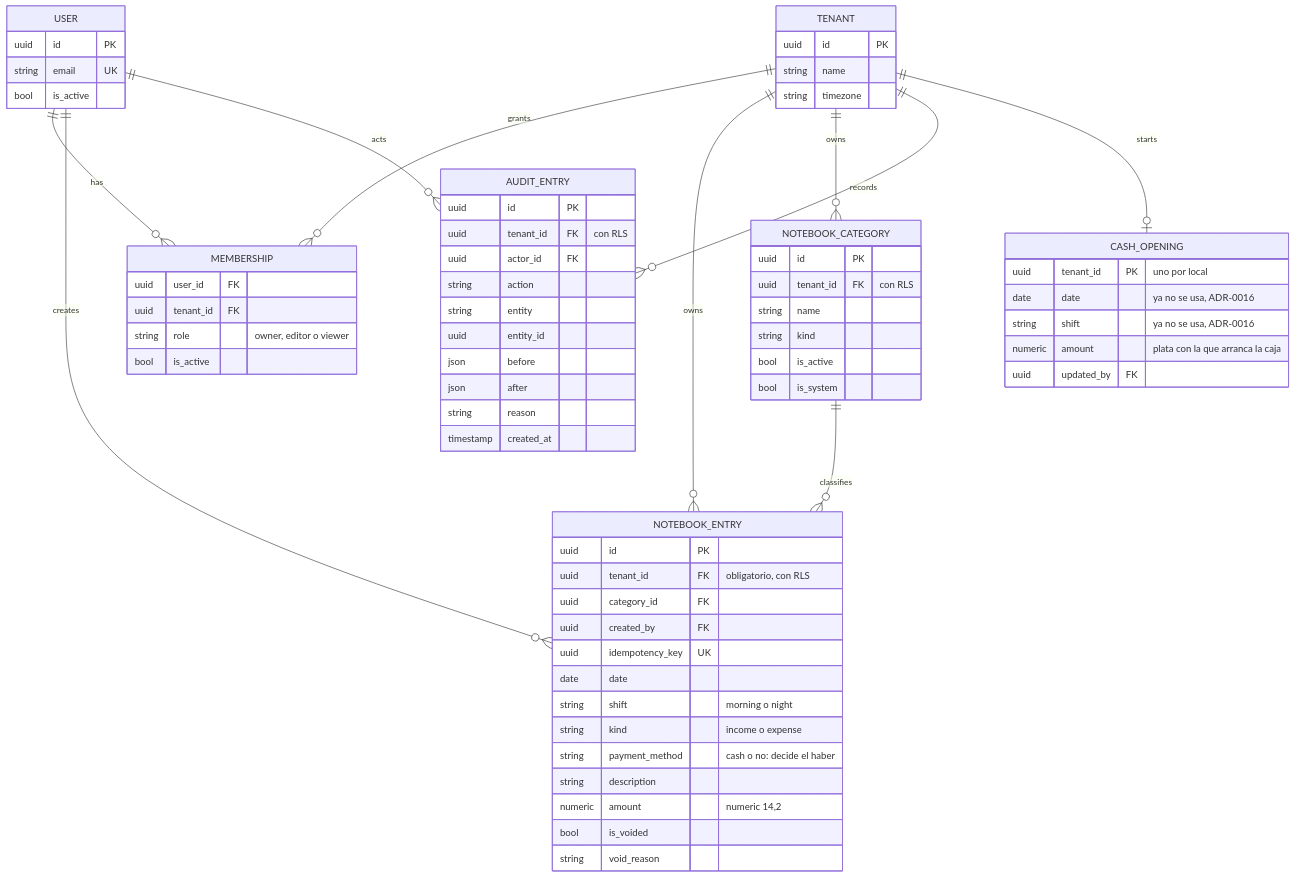
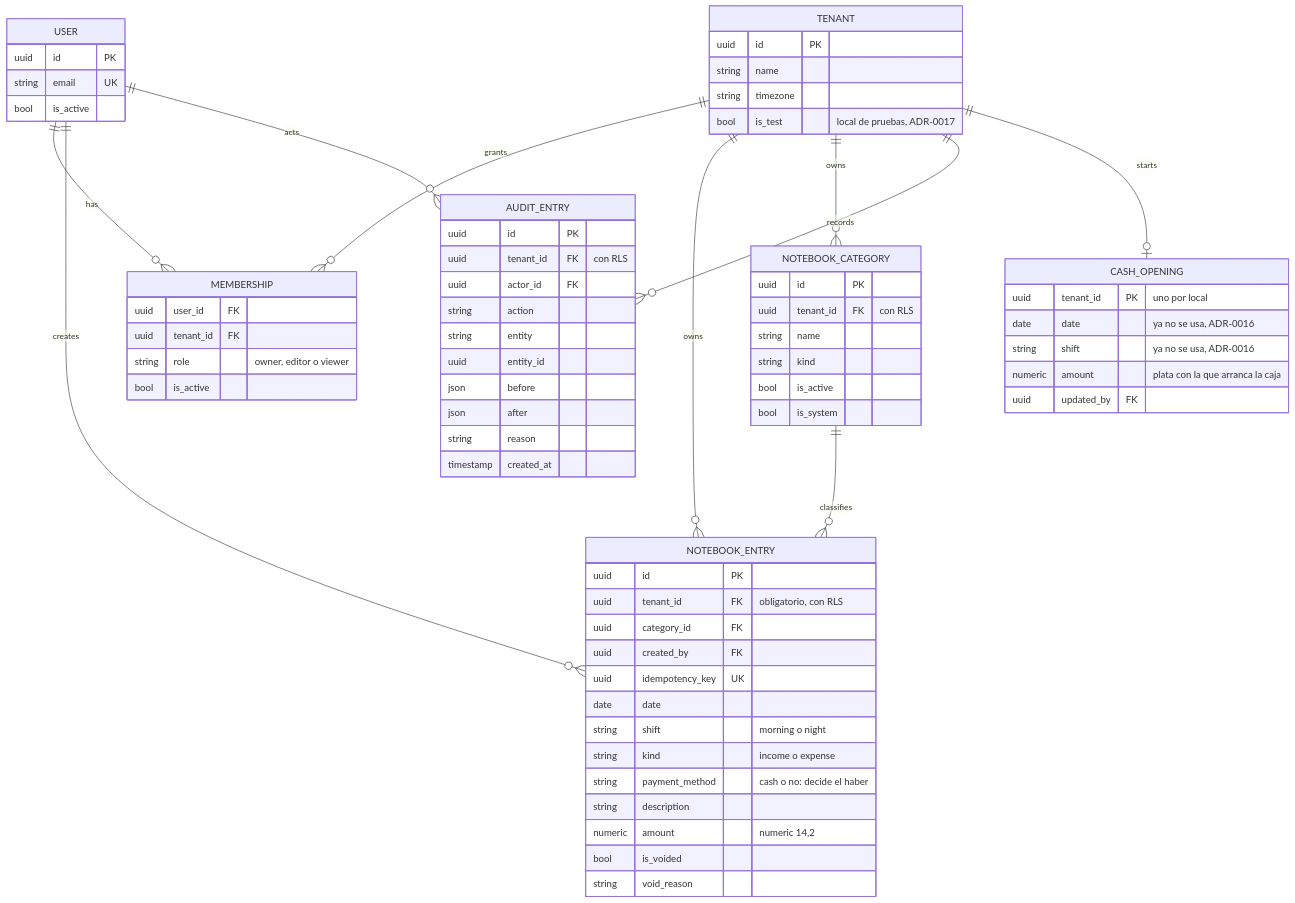
The diagram in docs/diagramas/04-datos.md (aleharo2003/floky-cuadernos), drawn with Mermaid before and after one commit. The commit also changed 20 other files, not shown here.

First line of the commit message:
Copy a shop's notebooks into a test shop from the admin (ADR-0017)

````diff
--- a/docs/diagramas/04-datos.md
+++ b/docs/diagramas/04-datos.md
@@ -12,70 +12,71 @@
 ```mermaid
 erDiagram
     USER ||--o{ MEMBERSHIP : has
     TENANT ||--o{ MEMBERSHIP : grants
     TENANT ||--o{ NOTEBOOK_ENTRY : owns
     TENANT ||--o{ NOTEBOOK_CATEGORY : owns
     TENANT ||--o{ AUDIT_ENTRY : records
     USER ||--o{ NOTEBOOK_ENTRY : creates
     USER ||--o{ AUDIT_ENTRY : acts
     NOTEBOOK_CATEGORY ||--o{ NOTEBOOK_ENTRY : classifies
     TENANT ||--o| CASH_OPENING : starts
     USER {
         uuid id PK
         string email UK
         bool is_active
     }
     TENANT {
         uuid id PK
         string name
         string timezone
+        bool is_test "local de pruebas, ADR-0017"
     }
     MEMBERSHIP {
         uuid user_id FK
         uuid tenant_id FK
         string role "owner, editor o viewer"
         bool is_active
     }
     NOTEBOOK_ENTRY {
         uuid id PK
         uuid tenant_id FK "obligatorio, con RLS"
         uuid category_id FK
         uuid created_by FK
         uuid idempotency_key UK
         date date
         string shift "morning o night"
         string kind "income o expense"
         string payment_method "cash o no: decide el haber"
         string description
         numeric amount "numeric 14,2"
         bool is_voided
         string void_reason
     }
     CASH_OPENING {
         uuid tenant_id PK "uno por local"
         date date "ya no se usa, ADR-0016"
         string shift "ya no se usa, ADR-0016"
         numeric amount "plata con la que arranca la caja"
         uuid updated_by FK
     }
     NOTEBOOK_CATEGORY {
         uuid id PK
         uuid tenant_id FK "con RLS"
         string name
         string kind
         bool is_active
         bool is_system
     }
     AUDIT_ENTRY {
         uuid id PK
         uuid tenant_id FK "con RLS"
         uuid actor_id FK
         string action
         string entity
         uuid entity_id
         json before
         json after
         string reason
         timestamp created_at
     }
 ```
````
